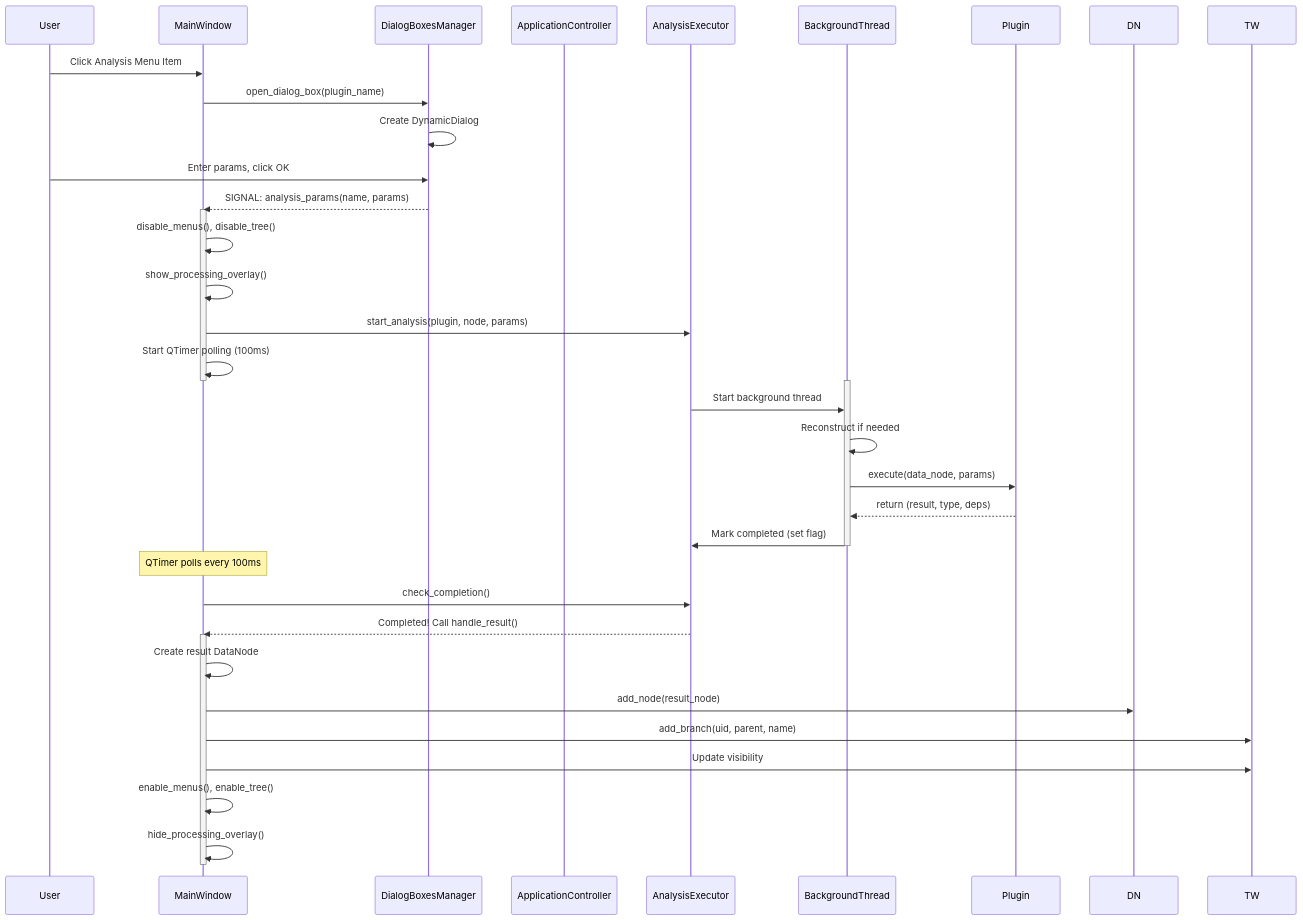
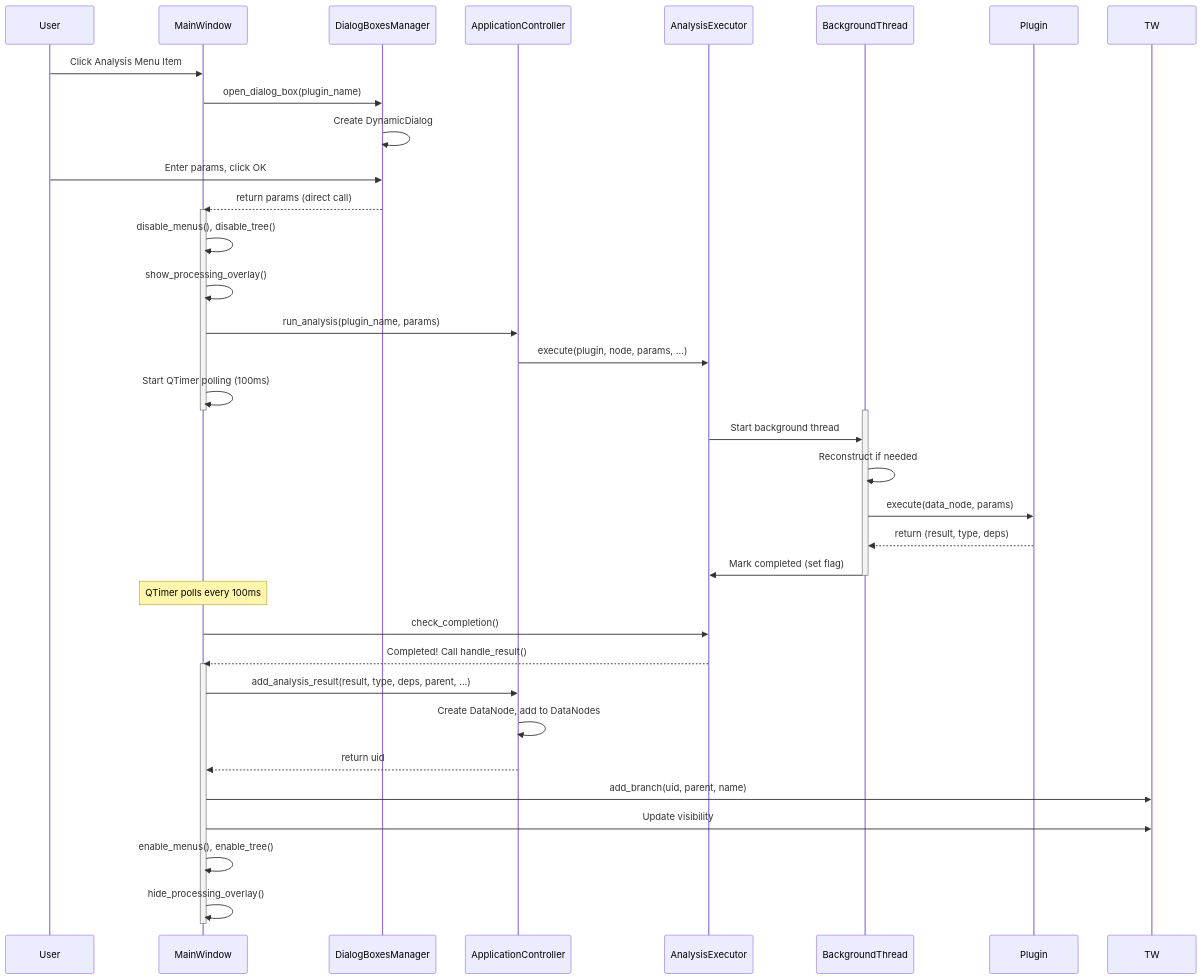
The fourth of 8 diagrams in ARCHITECTURE.md (Sepehr-Sobhani-AU/SPCToolkit), drawn with Mermaid before and after one commit. The commit also changed other lines of this file, not shown here.

First line of the commit message:
Fix 17 inaccuracies in ARCHITECTURE.md to match actual codebase

````diff
--- a/ARCHITECTURE.md
+++ b/ARCHITECTURE.md
@@ -226,46 +240,48 @@
 ```mermaid
 sequenceDiagram
     participant User
     participant MW as MainWindow
     participant DB as DialogBoxesManager
     participant AC as ApplicationController
     participant AE as AnalysisExecutor
     participant Thread as BackgroundThread
     participant Plugin
 
     User->>MW: Click Analysis Menu Item
     MW->>DB: open_dialog_box(plugin_name)
     DB->>DB: Create DynamicDialog
     User->>DB: Enter params, click OK
 
-    DB-->>MW: SIGNAL: analysis_params(name, params)
+    DB-->>MW: return params (direct call)
 
     activate MW
     MW->>MW: disable_menus(), disable_tree()
     MW->>MW: show_processing_overlay()
-    MW->>AE: start_analysis(plugin, node, params)
+    MW->>AC: run_analysis(plugin_name, params)
+    AC->>AE: execute(plugin, node, params, ...)
     MW->>MW: Start QTimer polling (100ms)
     deactivate MW
 
     activate Thread
     AE->>Thread: Start background thread
     Thread->>Thread: Reconstruct if needed
     Thread->>Plugin: execute(data_node, params)
     Plugin-->>Thread: return (result, type, deps)
     Thread->>AE: Mark completed (set flag)
     deactivate Thread
 
     Note over MW: QTimer polls every 100ms
 
     MW->>AE: check_completion()
     AE-->>MW: Completed! Call handle_result()
 
     activate MW
-    MW->>MW: Create result DataNode
-    MW->>DN: add_node(result_node)
+    MW->>AC: add_analysis_result(result, type, deps, parent, ...)
+    AC->>AC: Create DataNode, add to DataNodes
+    AC-->>MW: return uid
     MW->>TW: add_branch(uid, parent, name)
     MW->>TW: Update visibility
     MW->>MW: enable_menus(), enable_tree()
     MW->>MW: hide_processing_overlay()
     deactivate MW
 ```
````
